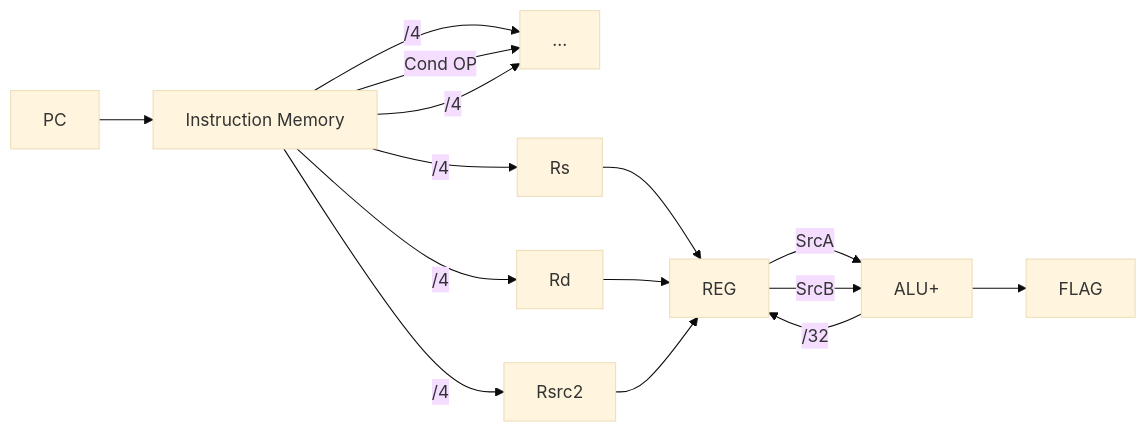
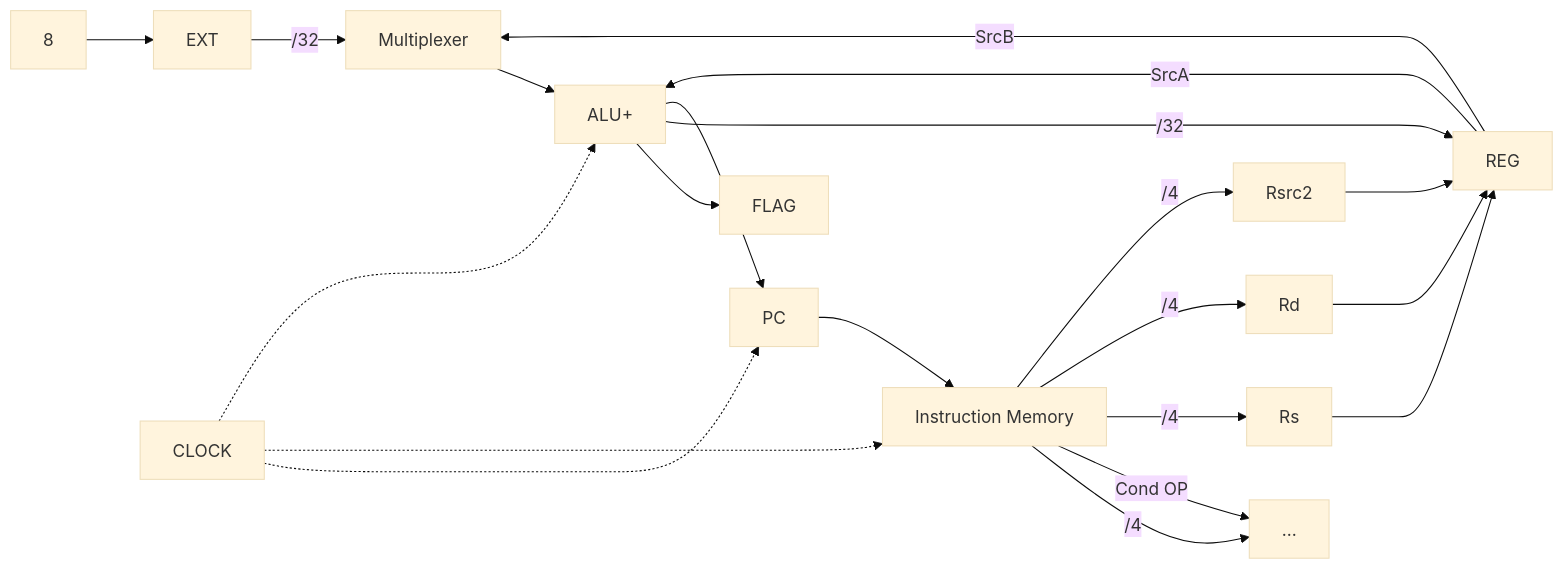
The second of 2 diagrams in Architettura e sistemi operativi/Processore/Microarchitettura.md (SuperSamus/appunti-universitari), drawn with Mermaid (base theme) before and after one commit.

Commit message:
vault backup: 2022-11-23 14:54:59

````diff
--- a/Architettura e sistemi operativi/Processore/Microarchitettura.md
+++ b/Architettura e sistemi operativi/Processore/Microarchitettura.md
@@ -34,15 +34,18 @@
 ```mermaid
 flowchart LR
 PC --> IM[Instruction Memory]
 IM --> |/4| ...
 IM --> |Cond OP| ...
-IM --> |/4| ...
 IM --> |/4| Rs
 IM --> |/4| Rd
 IM --> |/4| Rsrc2
-Rs & Rd & Rsrc2 --> REG
+Rs & Rd & Rsrc2 ---> REG
 REG --> |SrcA| ALU+
-REG --> |SrcB| ALU+
+REG --> |SrcB| Multiplexer
+8 --> EXT --> |/32| Multiplexer
+Multiplexer --> ALU+
 ALU+ --> FLAG
 ALU+ --> |/32| REG
+ALU+ --> PC
+CLOCK -..-> PC & IM & ALU+
 ```
````
